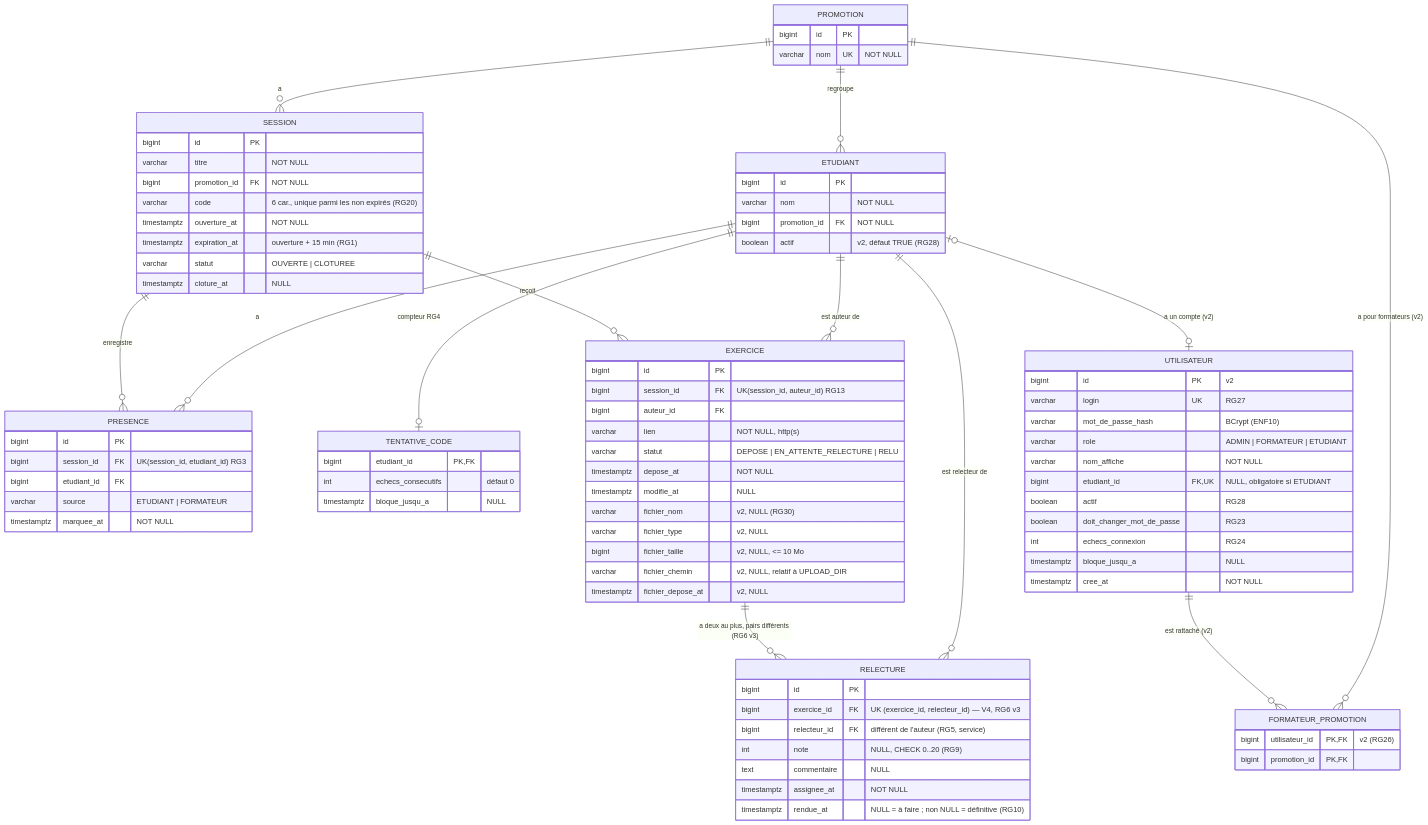
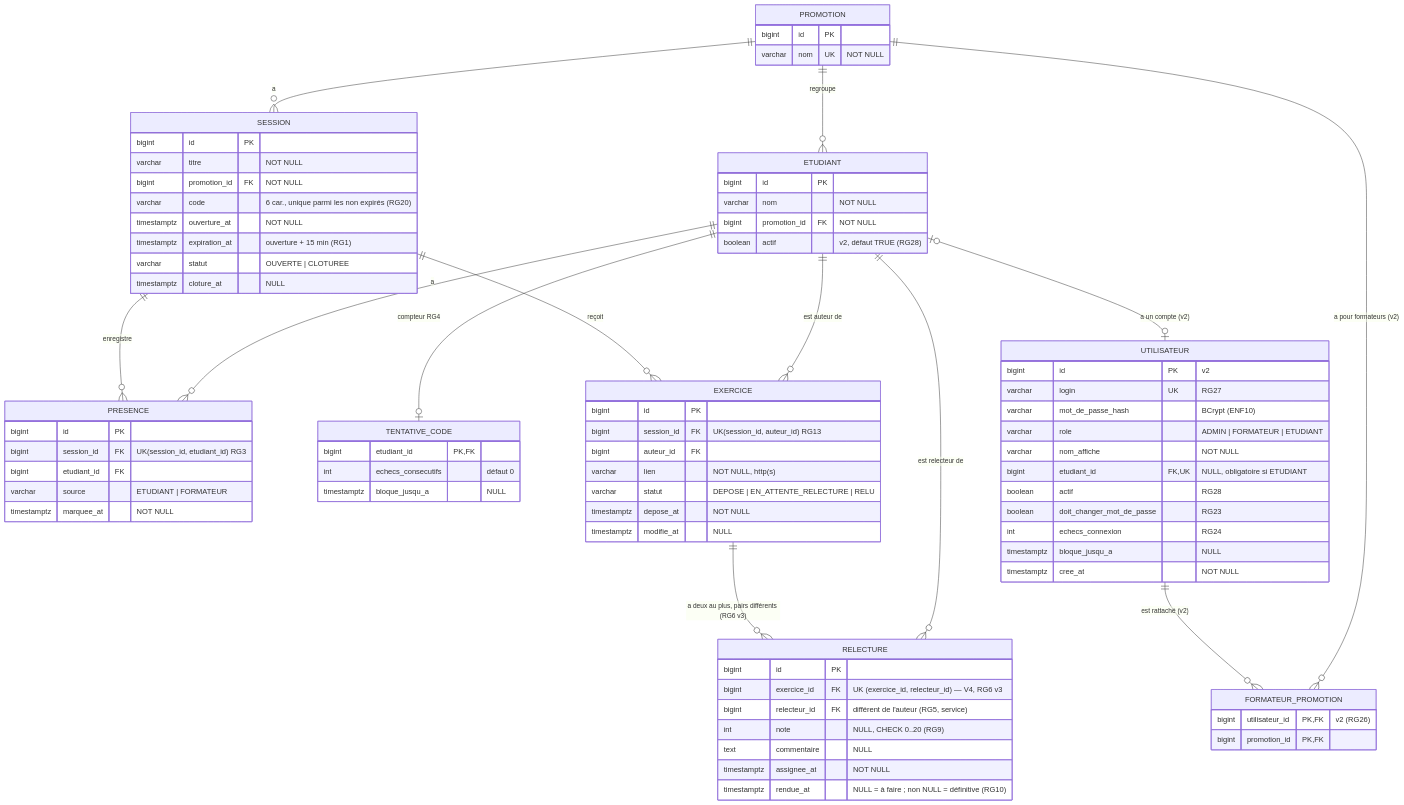
One commit to leonel2370/kfokam48-epreuve-230 changed the diagram in docs/diagrammes/D2-modele-donnees.md. Above: the diagram before and after it, drawn with Mermaid. The commit also changed other lines of this file and 6 other files, not shown here.

```diff
--- a/docs/diagrammes/D2-modele-donnees.md
+++ b/docs/diagrammes/D2-modele-donnees.md
@@ -74,11 +74,6 @@
         varchar statut "DEPOSE | EN_ATTENTE_RELECTURE | RELU"
         timestamptz depose_at "NOT NULL"
         timestamptz modifie_at "NULL"
-        varchar fichier_nom "v2, NULL (RG30)"
-        varchar fichier_type "v2, NULL"
-        bigint fichier_taille "v2, NULL, <= 10 Mo"
-        varchar fichier_chemin "v2, NULL, relatif à UPLOAD_DIR"
-        timestamptz fichier_depose_at "v2, NULL"
     }
     RELECTURE {
         bigint id PK
```
